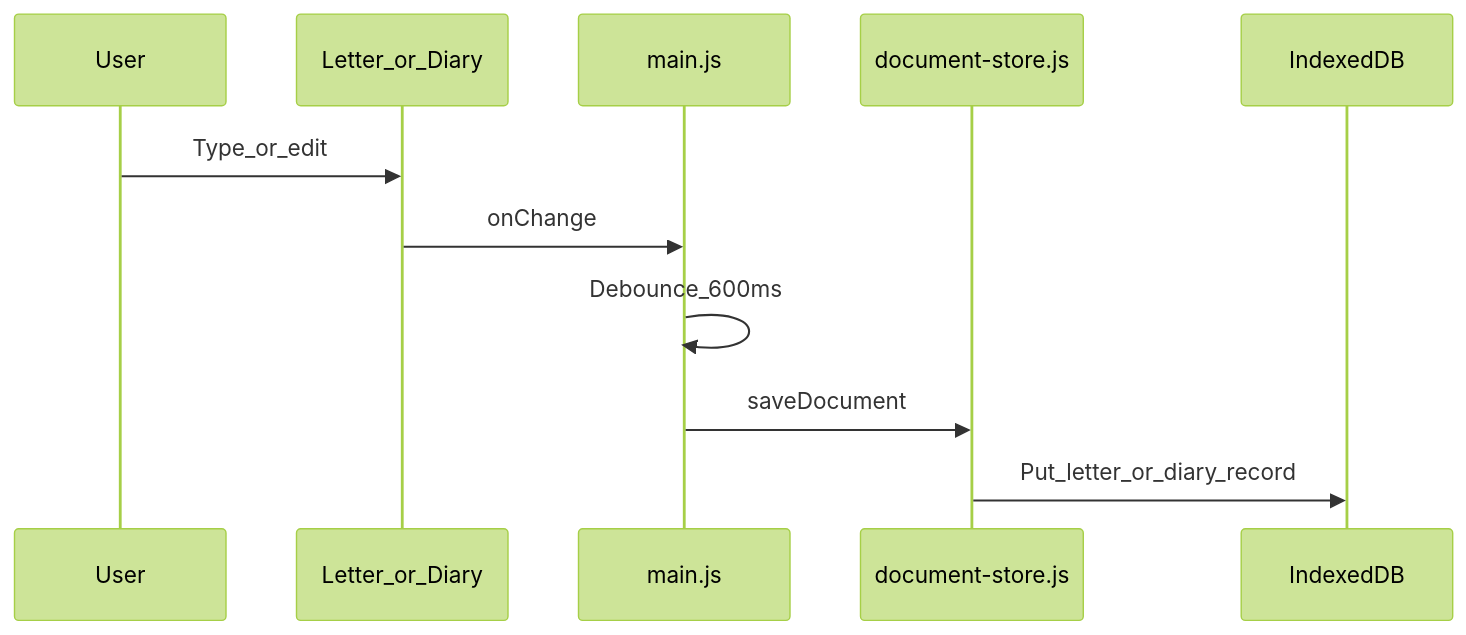
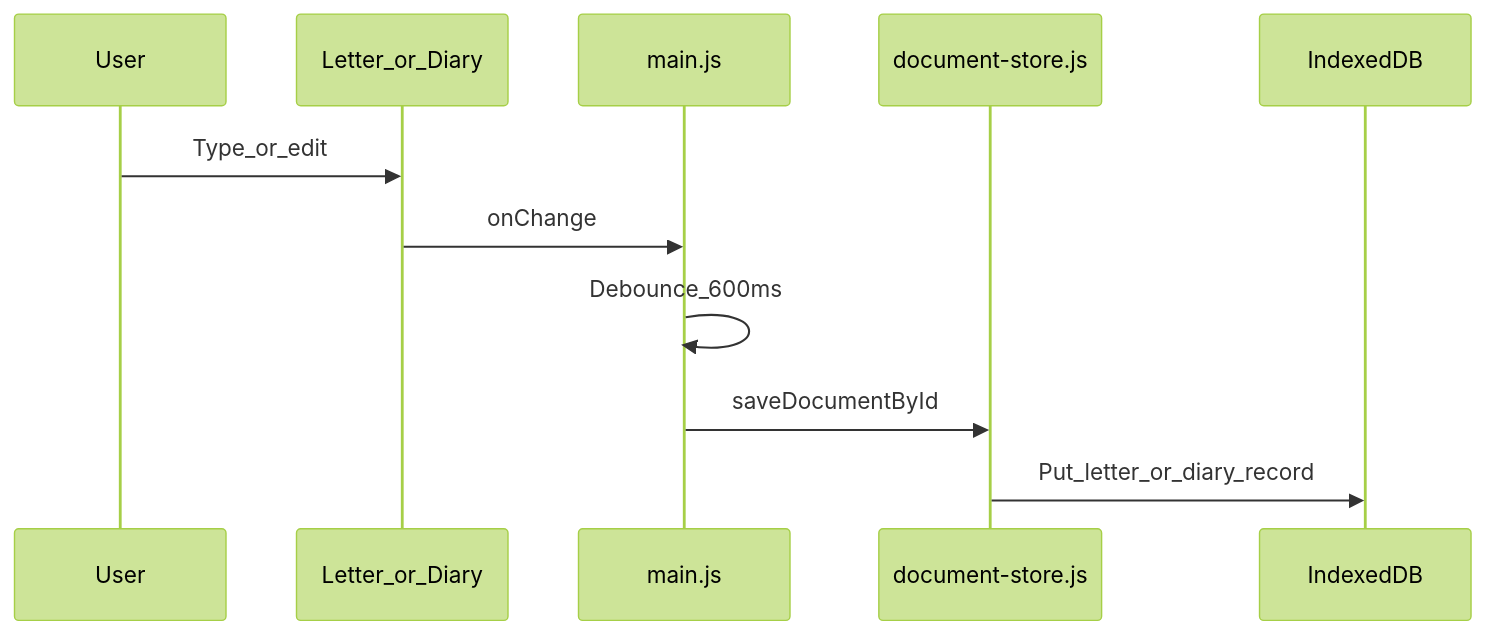
Before and after one commit to arverma/Bihar-Police-Notebook: the diagram in docs/components/storage.md, drawn with Mermaid (forest theme). The commit also changed 24 other files, not shown here.

````diff
--- a/docs/components/storage.md
+++ b/docs/components/storage.md
@@ -7,14 +7,14 @@
 ```mermaid
 sequenceDiagram
   participant User
   participant Sheet as Letter_or_Diary
   participant Main as main.js
   participant Store as document-store.js
   participant IDB as IndexedDB
 
   User->>Sheet: Type_or_edit
   Sheet->>Main: onChange
   Main->>Main: Debounce_600ms
-  Main->>Store: saveDocument
+  Main->>Store: saveDocumentById
   Store->>IDB: Put_letter_or_diary_record
 ```
````
